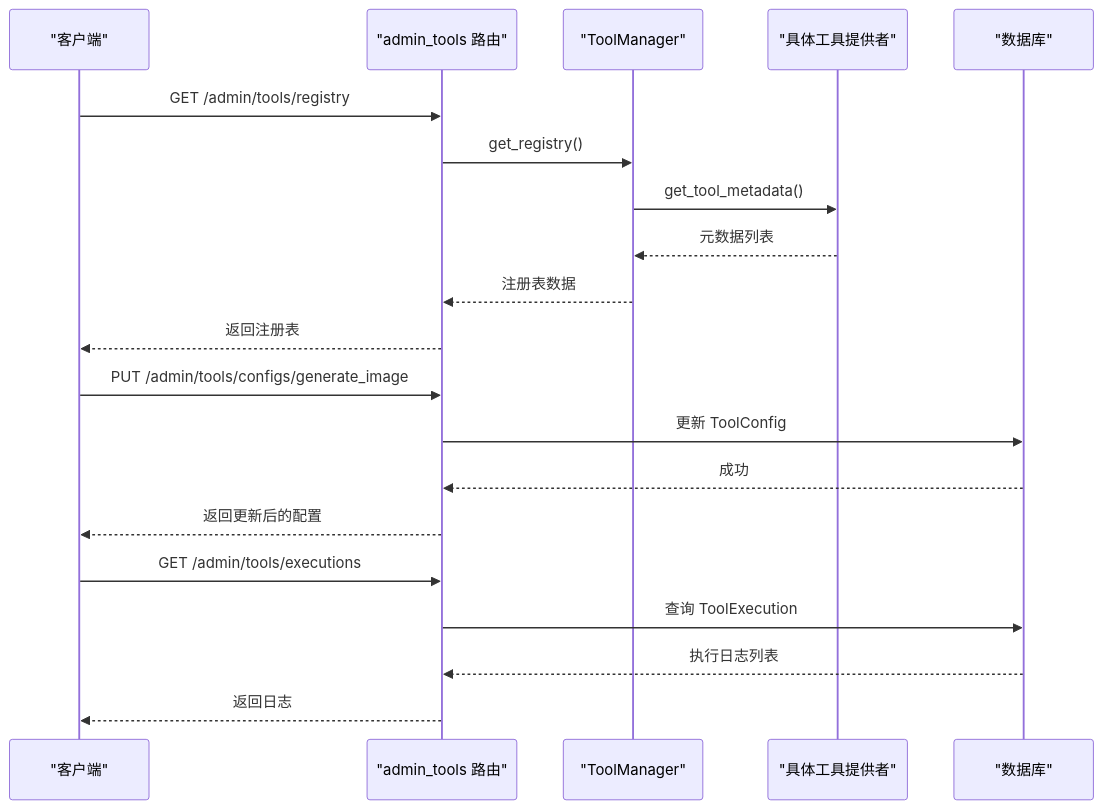
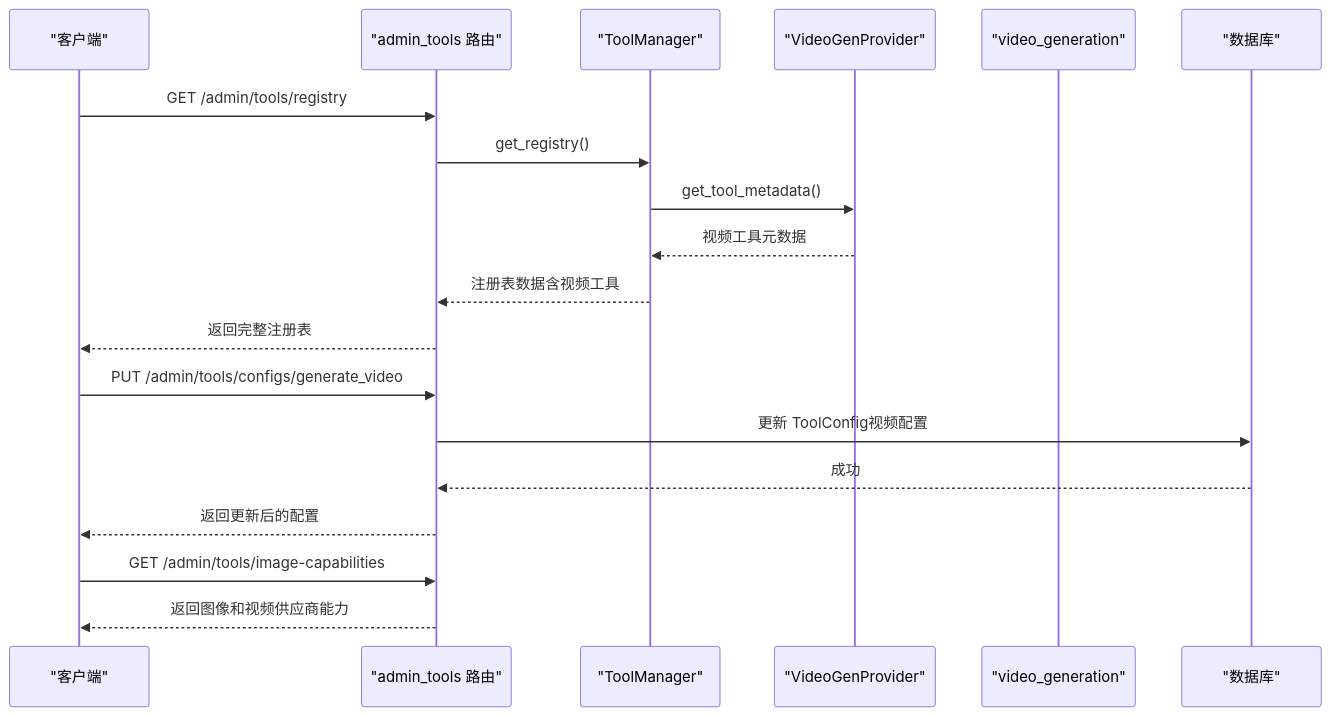
The second of 5 diagrams in .qoder/repowiki/zh/content/后端服务架构/业务服务层/工具管理系统/全局工具配置系统.md (KunLabAI/KunFlix), drawn with Mermaid before and after one commit. The commit also changed other lines of this file and 29 other files, not shown here.

````diff
--- a/.qoder/repowiki/zh/content/后端服务架构/业务服务层/工具管理系统/全局工具配置系统.md
+++ b/.qoder/repowiki/zh/content/后端服务架构/业务服务层/工具管理系统/全局工具配置系统.md
@@ -117,22 +151,21 @@
 ```mermaid
 sequenceDiagram
 participant Client as "客户端"
 participant API as "admin_tools 路由"
 participant Manager as "ToolManager"
-participant Provider as "具体工具提供者"
+participant VideoProvider as "VideoGenProvider"
+participant VideoService as "video_generation"
 participant DB as "数据库"
 Client->>API : GET /admin/tools/registry
 API->>Manager : get_registry()
-Manager->>Provider : get_tool_metadata()
-Provider-->>Manager : 元数据列表
-Manager-->>API : 注册表数据
-API-->>Client : 返回注册表
-Client->>API : PUT /admin/tools/configs/generate_image
-API->>DB : 更新 ToolConfig
+Manager->>VideoProvider : get_tool_metadata()
+VideoProvider-->>Manager : 视频工具元数据
+Manager-->>API : 注册表数据含视频工具
+API-->>Client : 返回完整注册表
+Client->>API : PUT /admin/tools/configs/generate_video
+API->>DB : 更新 ToolConfig视频配置
 DB-->>API : 成功
 API-->>Client : 返回更新后的配置
-Client->>API : GET /admin/tools/executions
-API->>DB : 查询 ToolExecution
-DB-->>API : 执行日志列表
-API-->>Client : 返回日志
+Client->>API : GET /admin/tools/image-capabilities
+API-->>Client : 返回图像和视频供应商能力
 ```
````
